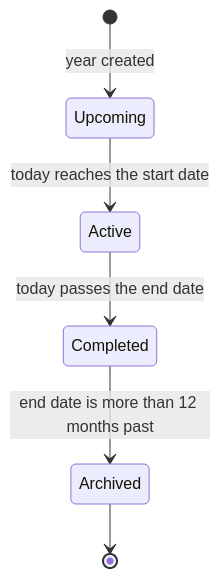
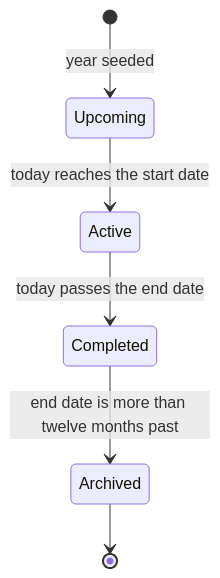
Before and after one commit to elimuborasolutions/docs: the first of 2 diagrams in modules/academic-years.mdx, drawn with Mermaid. The commit also changed other lines of this file, not shown here.

````diff
--- a/modules/academic-years.mdx
+++ b/modules/academic-years.mdx
@@ -133,8 +53,8 @@
 ```mermaid
 stateDiagram-v2
-    [*] --> Upcoming: year created
+    [*] --> Upcoming: year seeded
     Upcoming --> Active: today reaches the start date
     Active --> Completed: today passes the end date
-    Completed --> Archived: end date is more than 12 months past
+    Completed --> Archived: end date is more than twelve months past
     Archived --> [*]
 ```
````
